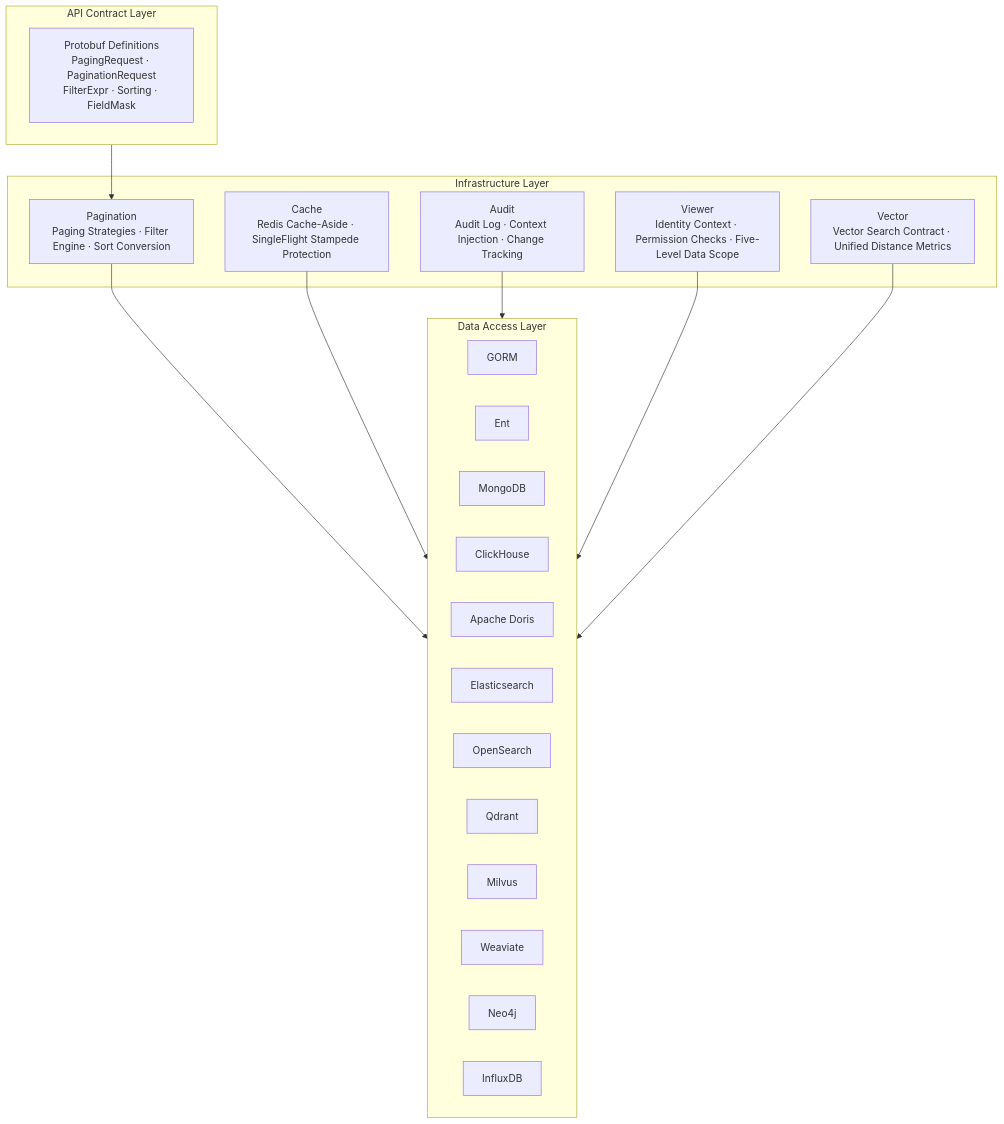
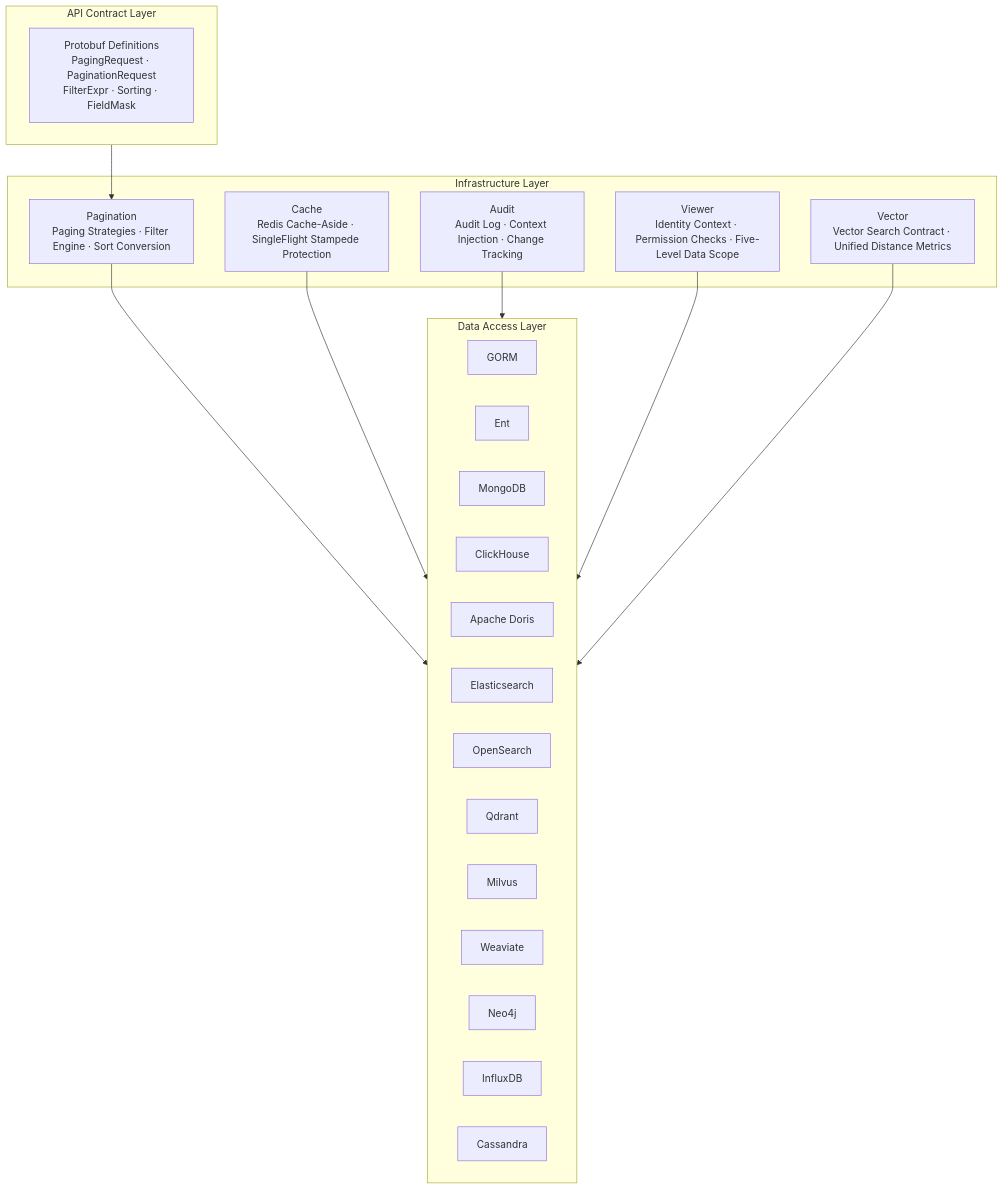
The diagram in README_en.md (tx7do/go-crud), drawn with Mermaid before and after one commit. The commit also changed other lines of this file and 2 other files, not shown here.

````diff
--- a/README_en.md
+++ b/README_en.md
@@ -61,36 +78,37 @@
 ```mermaid
 graph TB
     subgraph API["API Contract Layer"]
         Proto["Protobuf Definitions<br/>PagingRequest · PaginationRequest<br/>FilterExpr · Sorting · FieldMask"]
     end
 
     subgraph Infra["Infrastructure Layer"]
         Pagination["Pagination<br/>Paging Strategies · Filter Engine · Sort Conversion"]
         Cache["Cache<br/>Redis Cache-Aside · SingleFlight Stampede Protection"]
         Audit["Audit<br/>Audit Log · Context Injection · Change Tracking"]
         Viewer["Viewer<br/>Identity Context · Permission Checks · Five-Level Data Scope"]
         Vector["Vector<br/>Vector Search Contract · Unified Distance Metrics"]
     end
 
     subgraph DAL["Data Access Layer"]
         GORM["GORM"]
         ENT["Ent"]
         Mongo["MongoDB"]
         CH["ClickHouse"]
         Doris["Apache Doris"]
         ES["Elasticsearch"]
         OS["OpenSearch"]
         Qdrant["Qdrant"]
         Milvus["Milvus"]
         Weaviate["Weaviate"]
         Neo4j["Neo4j"]
         Influx["InfluxDB"]
+        Cassandra["Cassandra"]
     end
 
     API --> Pagination
     Pagination --> DAL
     Cache --> DAL
     Audit --> DAL
     Viewer --> DAL
     Vector --> DAL
 ```
````
